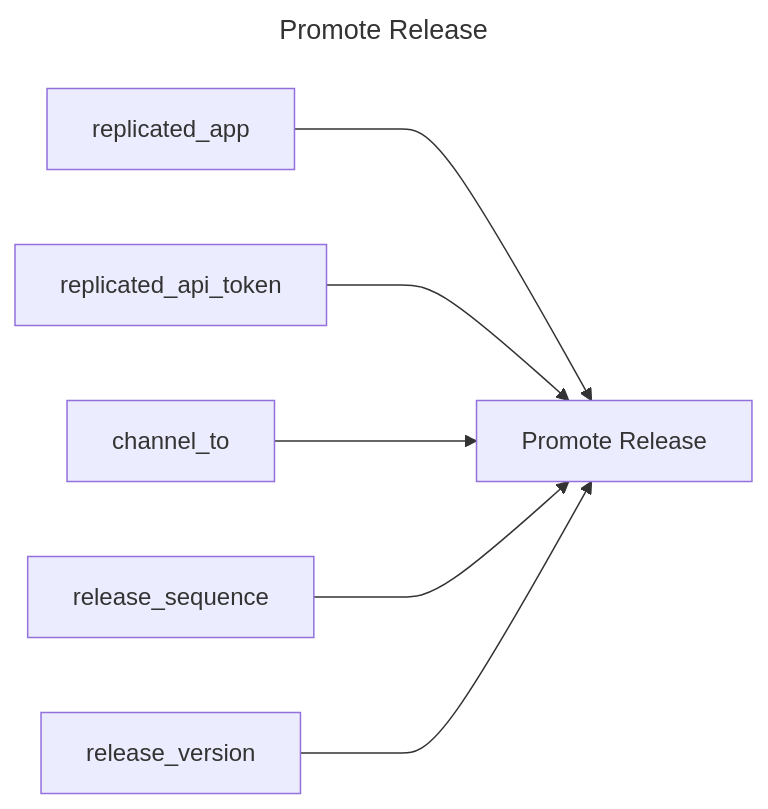
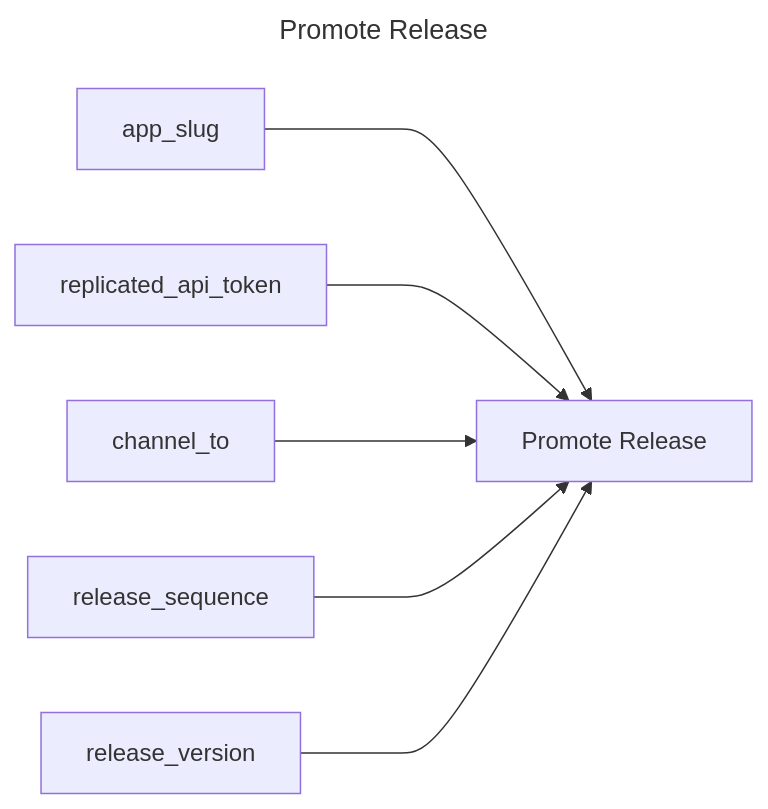
One commit to replicatedhq/replicated-actions changed the diagram in promote-release/README.md. Above: the diagram before and after it, drawn with Mermaid. The commit also changed other lines of this file and 28 other files, not shown here.

Commit message:
renaming replicated-app to app-slug

````diff
--- a/promote-release/README.md
+++ b/promote-release/README.md
@@ -3,12 +3,12 @@
 ```mermaid
 ---
 title: Promote Release
 ---
 graph LR
 promote_release["Promote Release"]
-replicated_app ---> promote_release
+app_slug ---> promote_release
 replicated_api_token ---> promote_release
 channel_to ---> promote_release
 release_sequence ---> promote_release
 release_version ---> promote_release
 ```
````
